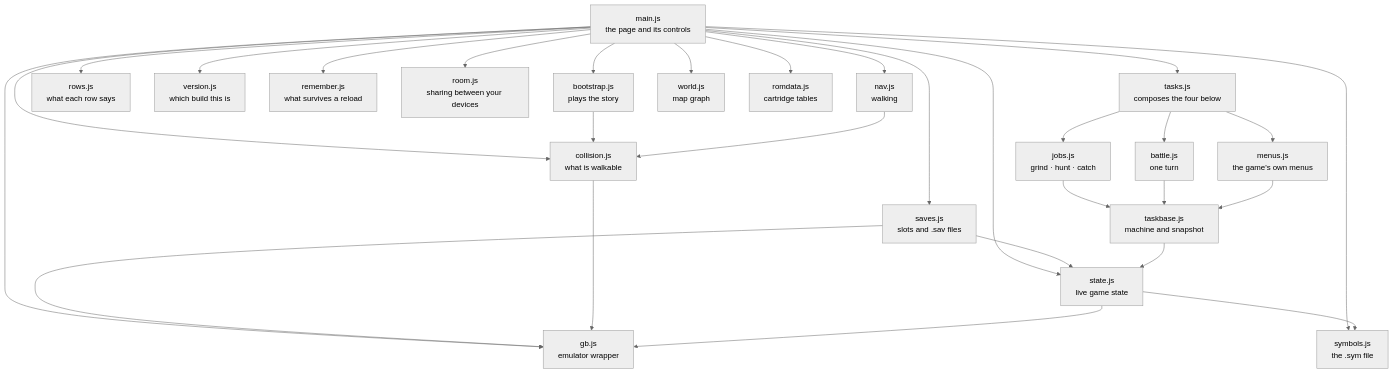
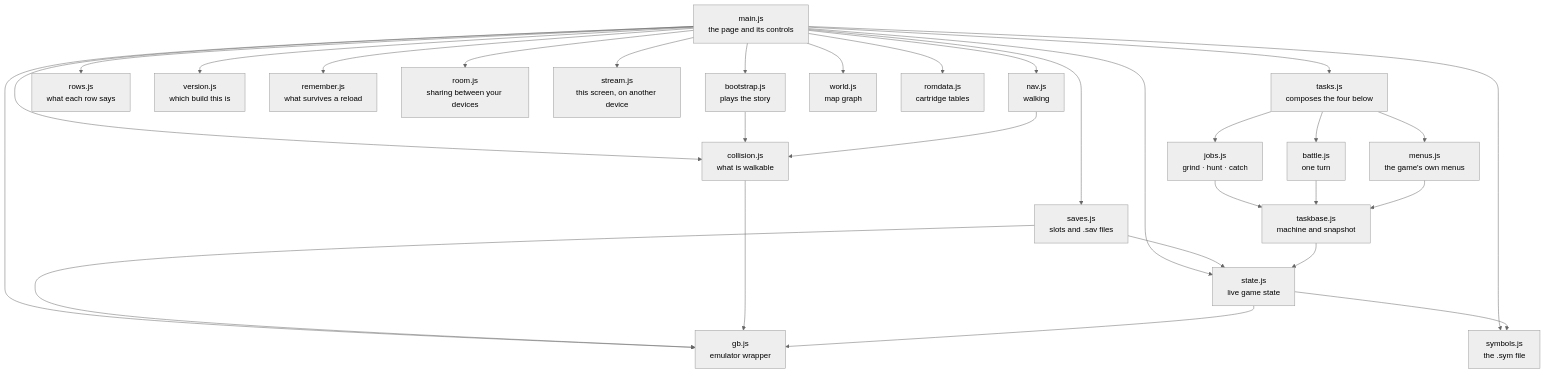
Before and after one commit to minormending/crystal-pilot-mobile: the second of 19 diagrams in docs/CODE.md, drawn with Mermaid (neutral theme). The commit also changed other lines of this file and 10 other files, not shown here.

````diff
--- a/docs/CODE.md
+++ b/docs/CODE.md
@@ -99,51 +99,53 @@
 ```mermaid
 flowchart TD
     main["main.js<br/>the page and its controls"]
     boot["bootstrap.js<br/>plays the story"]
     tasks["tasks.js<br/>composes the four below"]
     jobs["jobs.js<br/>grind · hunt · catch"]
     btl["battle.js<br/>one turn"]
     menus["menus.js<br/>the game's own menus"]
     tbase["taskbase.js<br/>machine and snapshot"]
     rows["rows.js<br/>what each row says"]
     ver["version.js<br/>which build this is"]
     rem["remember.js<br/>what survives a reload"]
     room["room.js<br/>sharing between your devices"]
+    stream["stream.js<br/>this screen, on another device"]
     nav["nav.js<br/>walking"]
     world["world.js<br/>map graph"]
     coll["collision.js<br/>what is walkable"]
     state["state.js<br/>live game state"]
     rom["romdata.js<br/>cartridge tables"]
     sym["symbols.js<br/>the .sym file"]
     saves["saves.js<br/>slots and .sav files"]
     gb["gb.js<br/>emulator wrapper"]
 
     main --> boot
     main --> tasks
     main --> rows
     main --> ver
     main --> rem
     main --> room
+    main --> stream
     main --> nav
     main --> world
     main --> coll
     main --> state
     main --> rom
     main --> sym
     main --> gb
     main --> saves
     saves --> gb
     saves --> state
     boot --> coll
     tasks --> jobs
     tasks --> btl
     tasks --> menus
     jobs --> tbase
     btl --> tbase
     menus --> tbase
     tbase --> state
     nav --> coll
     coll --> gb
     state --> gb
     state --> sym
 ```
````
